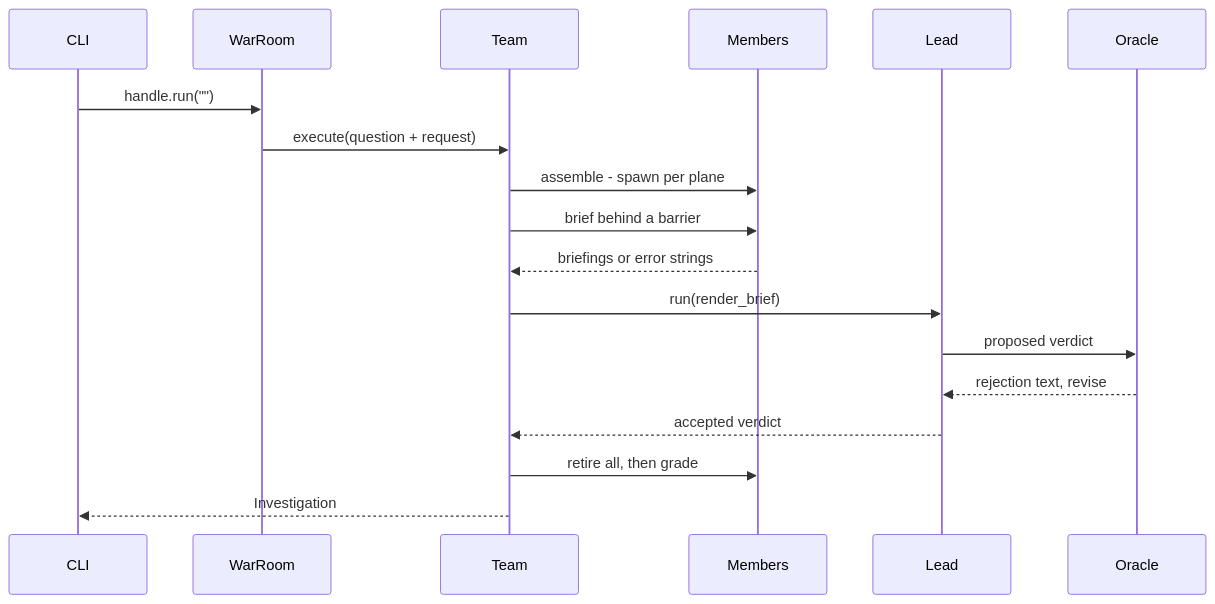
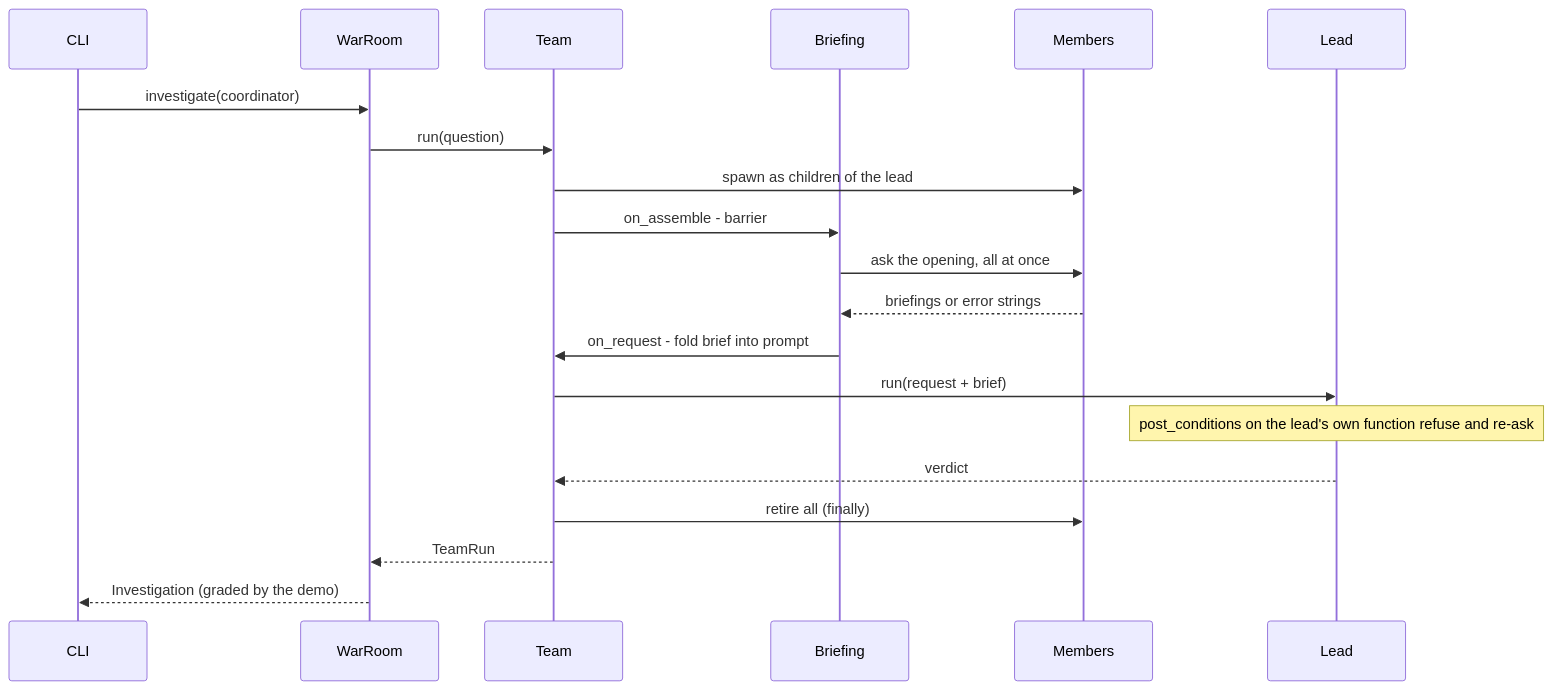
One commit to theagenticguy/pneuma changed the first of 3 diagrams in docs/architecture/data-flow.md. Above: the diagram before and after it, drawn with Mermaid. The commit also changed other lines of this file and 18 other files, not shown here.

````diff
--- a/docs/architecture/data-flow.md
+++ b/docs/architecture/data-flow.md
@@ -16,21 +16,23 @@
 ```mermaid
 sequenceDiagram
     participant CLI
     participant WarRoom
     participant Team
+    participant Briefing
     participant Members
     participant Lead
-    participant Oracle
 
-    CLI->>WarRoom: handle.run("")
-    WarRoom->>Team: execute(question + request)
-    Team->>Members: assemble - spawn per plane
-    Team->>Members: brief behind a barrier
-    Members-->>Team: briefings or error strings
-    Team->>Lead: run(render_brief)
-    Lead->>Oracle: proposed verdict
-    Oracle-->>Lead: rejection text, revise
-    Lead-->>Team: accepted verdict
-    Team->>Members: retire all, then grade
-    Team-->>CLI: Investigation
+    CLI->>WarRoom: investigate(coordinator)
+    WarRoom->>Team: run(question)
+    Team->>Members: spawn as children of the lead
+    Team->>Briefing: on_assemble - barrier
+    Briefing->>Members: ask the opening, all at once
+    Members-->>Briefing: briefings or error strings
+    Briefing->>Team: on_request - fold brief into prompt
+    Team->>Lead: run(request + brief)
+    Note over Lead: post_conditions on the lead's own function refuse and re-ask
+    Lead-->>Team: verdict
+    Team->>Members: retire all (finally)
+    Team-->>WarRoom: TeamRun
+    WarRoom-->>CLI: Investigation (graded by the demo)
 ```
````
